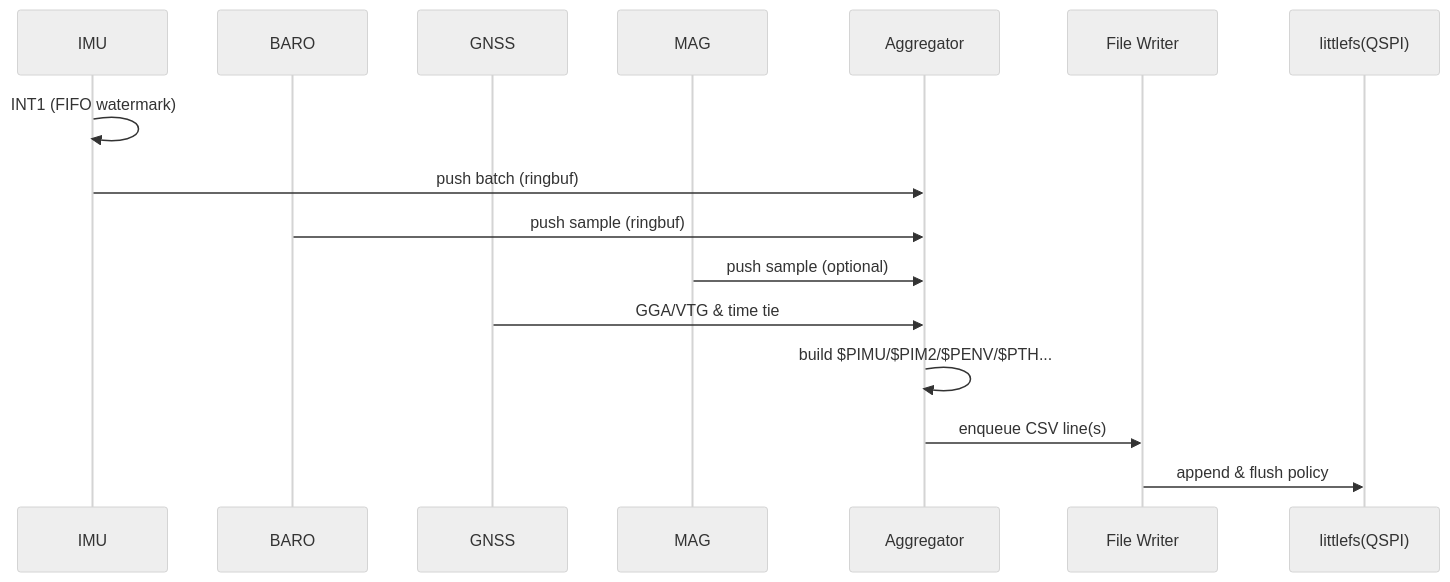
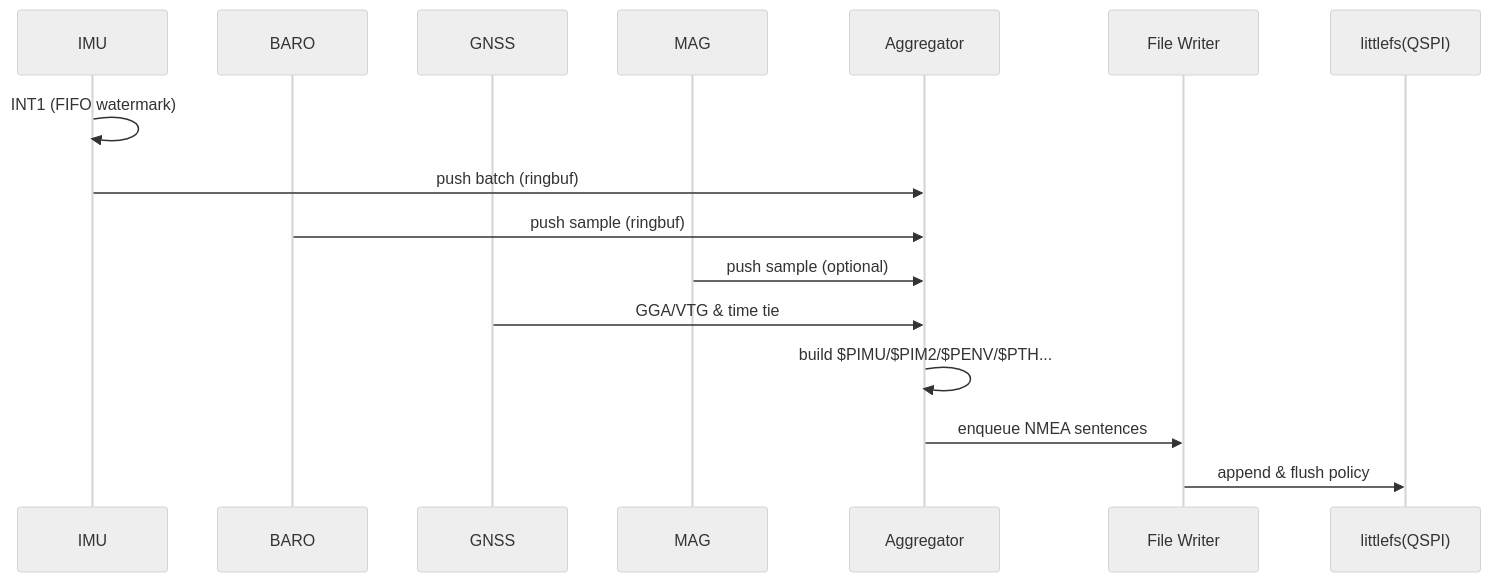
Before and after one commit to rrainey/tempo: the second of 3 diagrams in zephyr/tempo-bt-v1/docs/mvp-architecture.md, drawn with Mermaid (neutral theme). The commit also changed other lines of this file and 4 other files, not shown here.

````diff
--- a/zephyr/tempo-bt-v1/docs/mvp-architecture.md
+++ b/zephyr/tempo-bt-v1/docs/mvp-architecture.md
@@ -392,20 +392,20 @@
 ```mermaid
 sequenceDiagram
   participant IMU
   participant BARO
   participant GNSS
   participant MAG
   participant AGG as Aggregator
   participant WR as File Writer
   participant FS as littlefs(QSPI)
 
   IMU->>IMU: INT1 (FIFO watermark)
   IMU->>AGG: push batch (ringbuf)
   BARO->>AGG: push sample (ringbuf)
   MAG->>AGG: push sample (optional)
   GNSS->>AGG: GGA/VTG & time tie
 
   AGG->>AGG: build $PIMU/$PIM2/$PENV/$PTH...
-  AGG->>WR: enqueue CSV line(s)
+  AGG->>WR: enqueue NMEA sentences
   WR->>FS: append & flush policy
 ```
````
